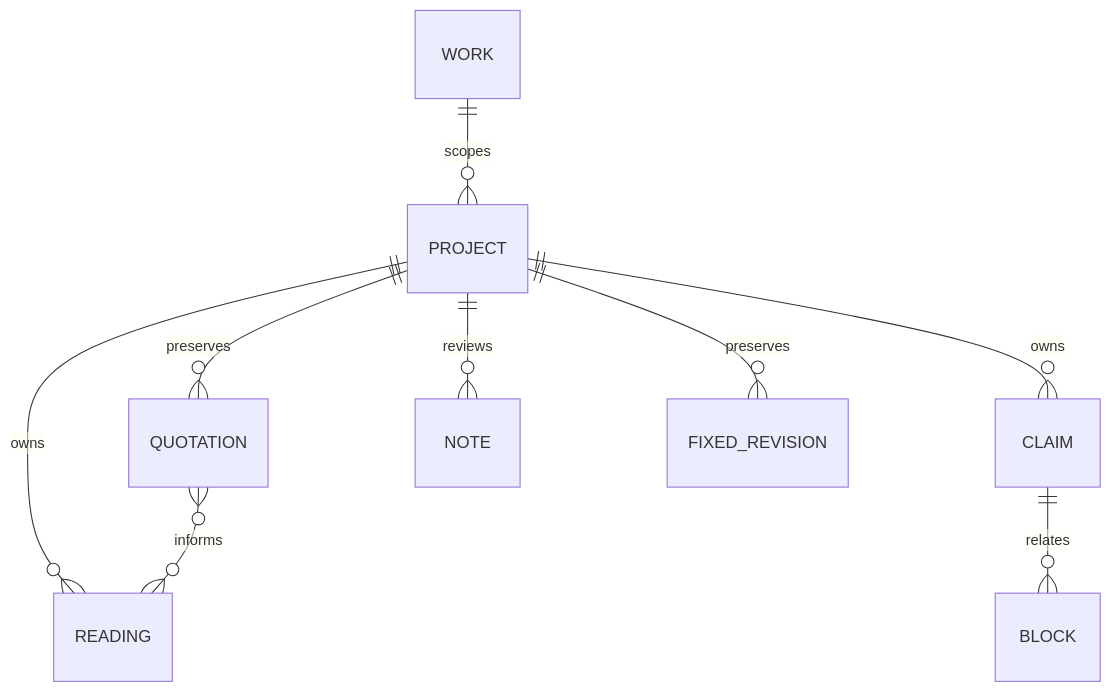
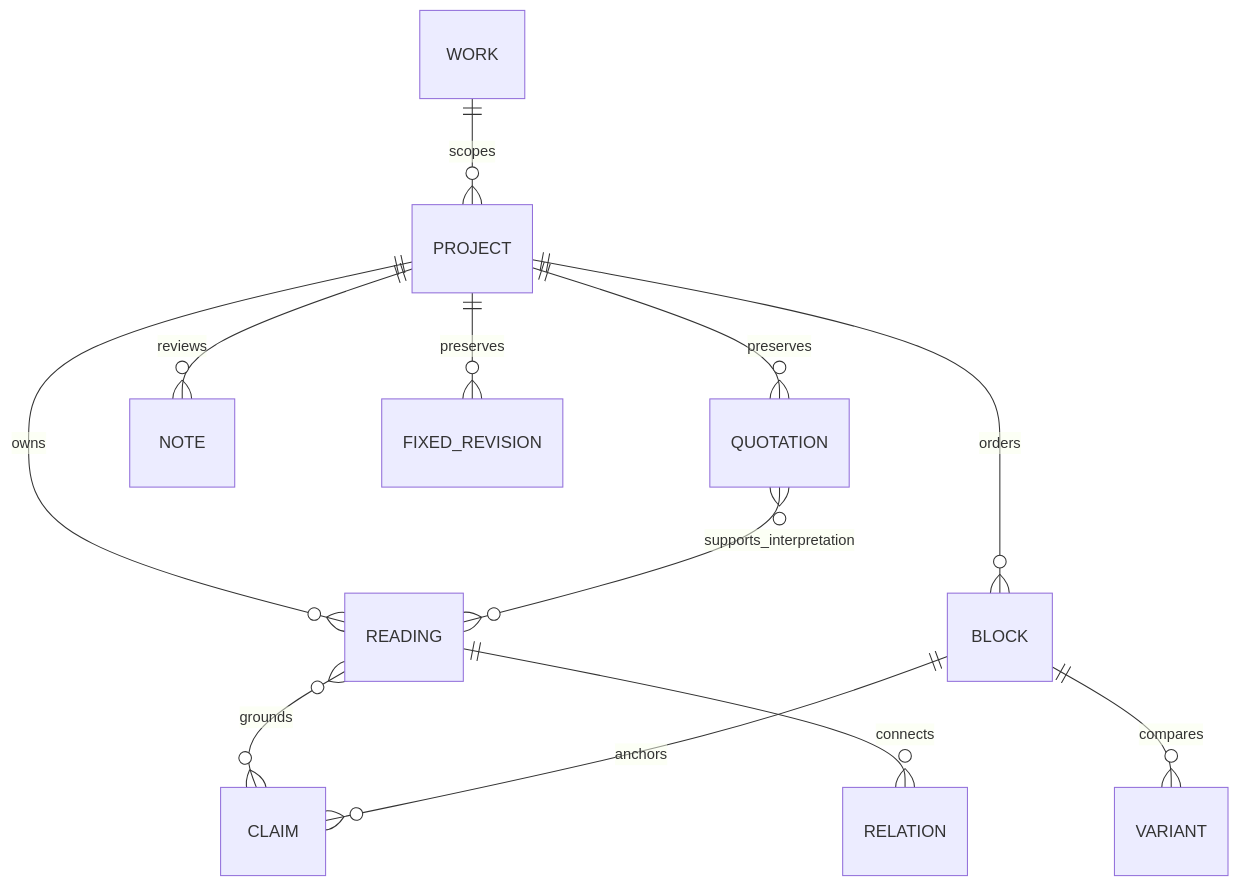
Before and after one commit to wordflowlab/hetu-criticism-studio: the diagram in docs/02-领域与本体设计.md, drawn with Mermaid. The commit also changed 71 other files, not shown here.

````diff
--- a/docs/02-领域与本体设计.md
+++ b/docs/02-领域与本体设计.md
@@ -11,11 +11,14 @@
 ```mermaid
 erDiagram
  WORK ||--o{ PROJECT : scopes
  PROJECT ||--o{ QUOTATION : preserves
  PROJECT ||--o{ READING : owns
- QUOTATION }o--o{ READING : informs
- PROJECT ||--o{ CLAIM : owns
- CLAIM ||--o{ BLOCK : relates
+ QUOTATION }o--o{ READING : supports_interpretation
+ READING }o--o{ CLAIM : grounds
+ READING ||--o{ RELATION : connects
+ PROJECT ||--o{ BLOCK : orders
+ BLOCK ||--o{ CLAIM : anchors
+ BLOCK ||--o{ VARIANT : compares
  PROJECT ||--o{ NOTE : reviews
  PROJECT ||--o{ FIXED_REVISION : preserves
 ```
````
